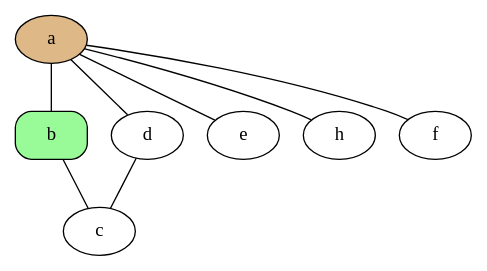
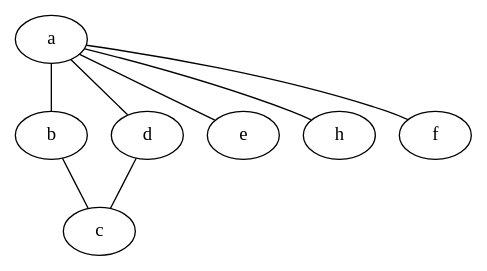
Before and after one commit to frochet/jobUCL2013: the diagram in lab_creation_script/test.dot, drawn with Graphviz. The commit also changed 5 other files, not shown here.

```diff
--- a/lab_creation_script/test.dot
+++ b/lab_creation_script/test.dot
@@ -1,16 +1,9 @@
 graph g{ 
-  a -- b [weight=100]
-  b -- c
-  a -- d
-  d -- c
-  a -- e
-  a -- h
-  a -- f [weight=10]
-  a [zone="A", shape=ellipse,fillcolor="burlywood",style="filled"];
-  b [shape=box,fillcolor="palegreen",style="filled,rounded"];
-  c;
-  d;
-  e [zone="A"];
-  f [zone="A"];
-  h [zone="A"];
+  a -- b [weight=100][zone=A]
+  b -- c [zone=B]
+  a -- d [zone=C]
+  d -- c [zone=D]
+  a -- e [zone=E]
+  a -- h [zone=E]
+  a -- f [weight=10][zone=E]
 }
```
